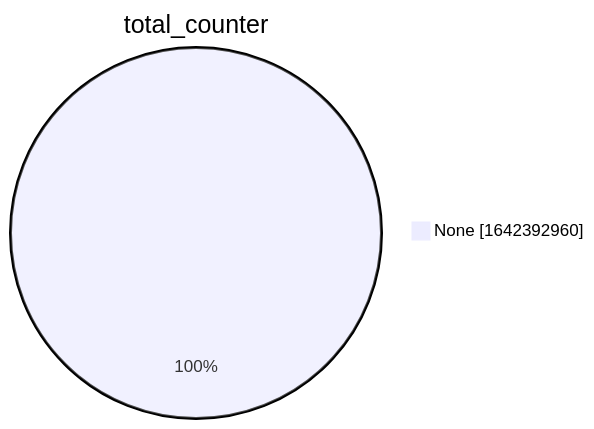
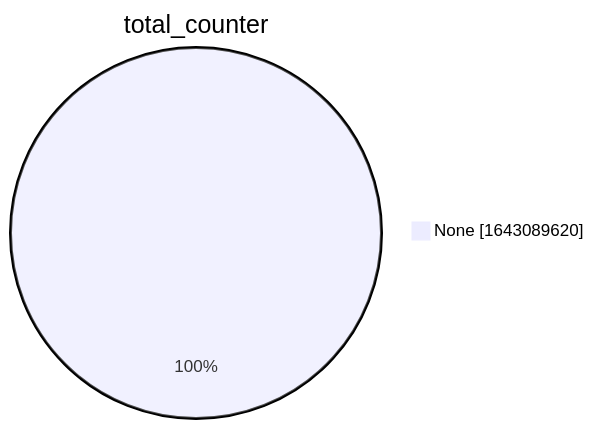
The second of 15 diagrams in xenon2022/README.md (christiankrug/ctmonitor_visualization), drawn with Mermaid before and after one commit. The commit also changed other lines of this file, not shown here.

````diff
--- a/xenon2022/README.md
+++ b/xenon2022/README.md
@@ -9,5 +9,5 @@
 ```mermaid
 pie showData
 title total_counter
-"None" :1642392960
+"None" :1643089620
 ```
````
